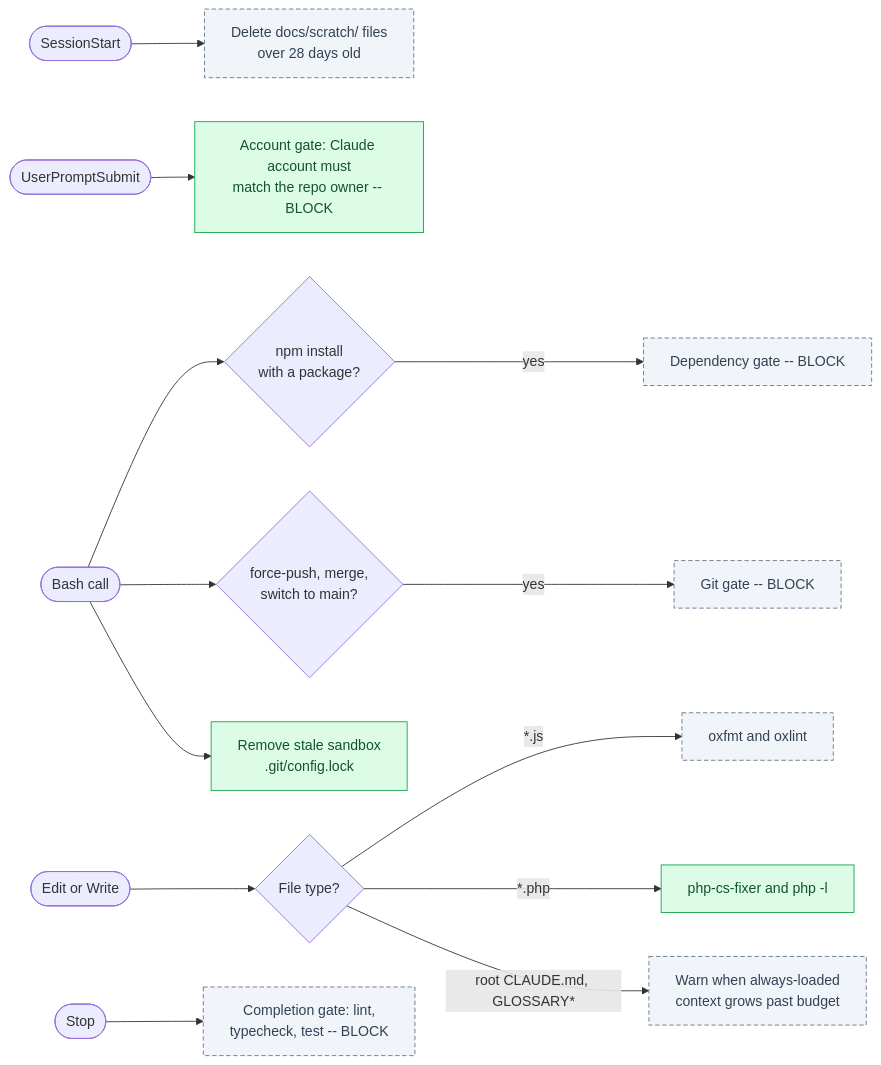
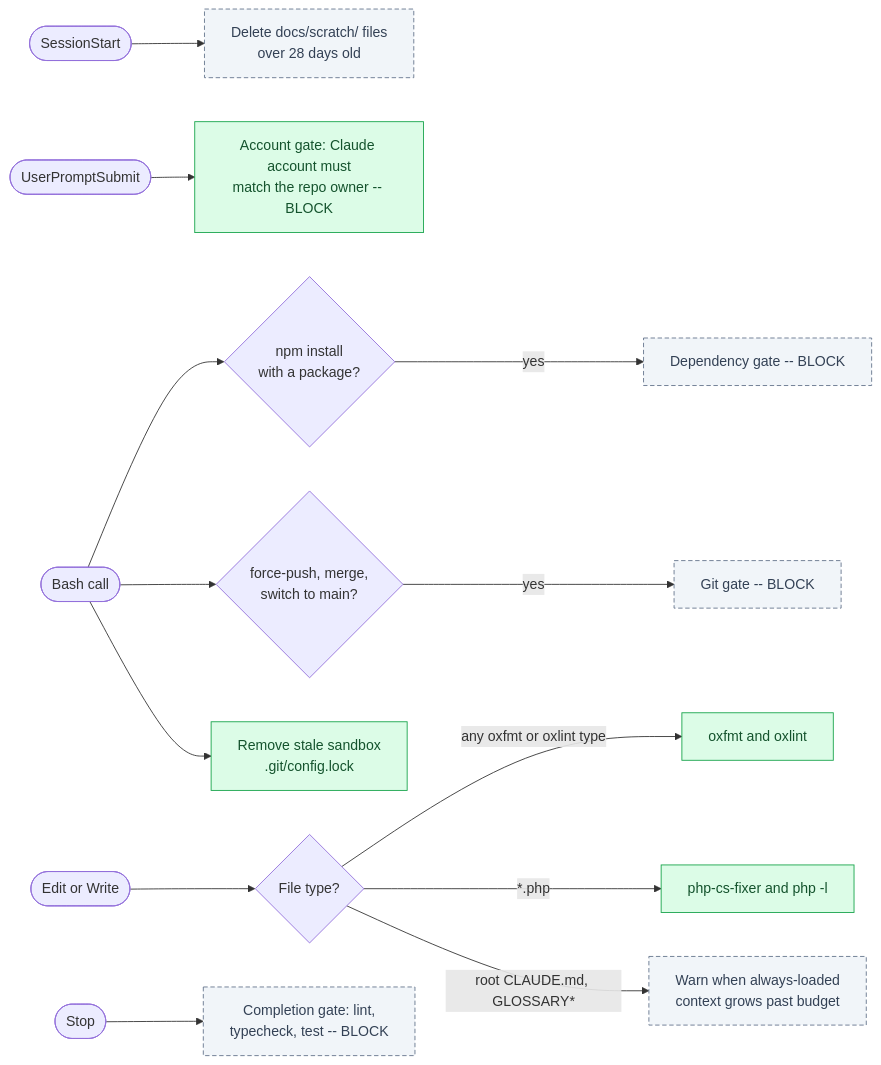
Before and after one commit to tforster/agents0: the third of 3 diagrams in README.md, drawn with Mermaid. The commit also changed 6 other files, not shown here.

````diff
--- a/README.md
+++ b/README.md
@@ -115,18 +115,18 @@
 ```mermaid
 flowchart LR
   sessionStart(["SessionStart"]) --> retention["Delete docs/scratch/ files<br/>over 28 days old"]:::planned
   prompt(["UserPromptSubmit"]) --> account["Account gate: Claude account must<br/>match the repo owner -- BLOCK"]:::exists
   bash(["Bash call"]) --> install{"npm install<br/>with a package?"}
   install -- yes --> depGate["Dependency gate -- BLOCK"]:::planned
   bash --> git{"force-push, merge,<br/>switch to main?"}
   git -- yes --> gitGate["Git gate -- BLOCK"]:::planned
   bash --> configLock["Remove stale sandbox<br/>.git/config.lock"]:::exists
   edit(["Edit or Write"]) --> fileType{"File type?"}
-  fileType -- "*.js" --> jsLint["oxfmt and oxlint"]:::planned
+  fileType -- "any oxfmt or oxlint type" --> oxLint["oxfmt and oxlint"]:::exists
   fileType -- "*.php" --> phpLint["php-cs-fixer and php -l"]:::exists
   fileType -- "root CLAUDE.md, GLOSSARY*" --> budget["Warn when always-loaded<br/>context grows past budget"]:::planned
   stop(["Stop"]) --> completion["Completion gate: lint,<br/>typecheck, test -- BLOCK"]:::planned
 
   classDef exists fill:#dcfce7,stroke:#16a34a,color:#14532d
   classDef planned fill:#f1f5f9,stroke:#64748b,color:#334155,stroke-dasharray:5 3
 ```
````
